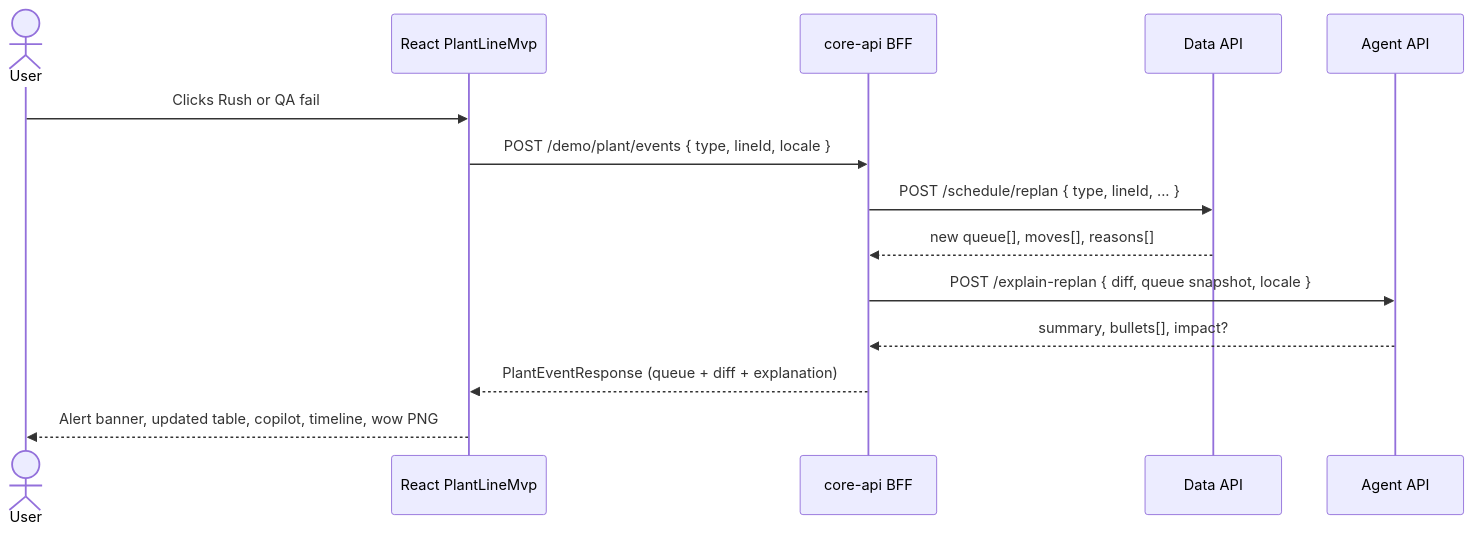
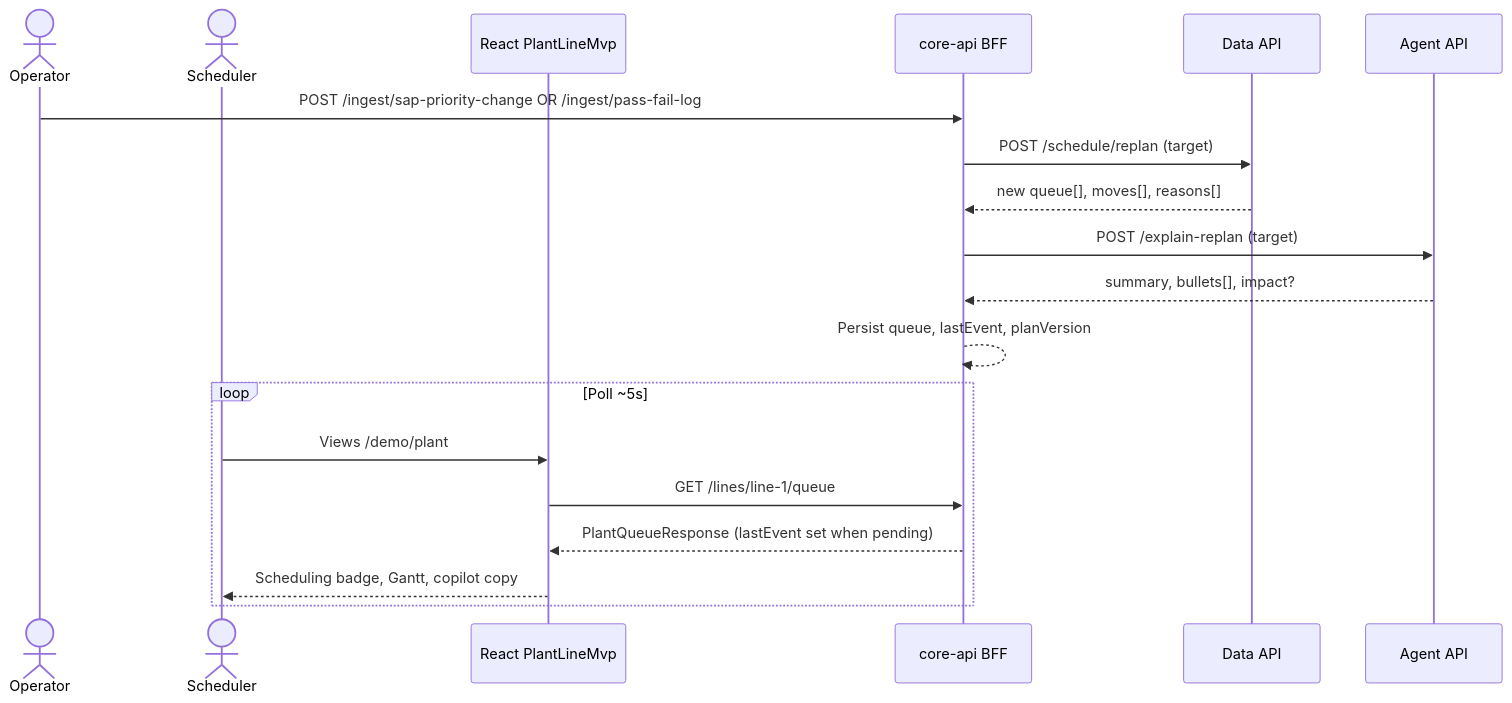
Before and after one commit to elmauro/greenbyte: the third of 5 diagrams in docs/hackathon/uc1-ui-backend-flow.md, drawn with Mermaid. The commit also changed other lines of this file and 13 other files, not shown here.

First line of the commit message:
Align UC1 docs and contracts with ingest-first demo flow.

````diff
--- a/docs/hackathon/uc1-ui-backend-flow.md
+++ b/docs/hackathon/uc1-ui-backend-flow.md
@@ -87,17 +94,23 @@
 ```mermaid
 sequenceDiagram
-  actor User
+  actor Operator
+  actor Scheduler
   participant UI as React PlantLineMvp
   participant BFF as core-api BFF
   participant Data as Data API
   participant Agent as Agent API
 
-  User->>UI: Clicks Rush or QA fail
-  UI->>BFF: POST /demo/plant/events { type, lineId, locale }
-  BFF->>Data: POST /schedule/replan { type, lineId, ... }
+  Operator->>BFF: POST /ingest/sap-priority-change OR /ingest/pass-fail-log
+  BFF->>Data: POST /schedule/replan (target)
   Data-->>BFF: new queue[], moves[], reasons[]
-  BFF->>Agent: POST /explain-replan { diff, queue snapshot, locale }
+  BFF->>Agent: POST /explain-replan (target)
   Agent-->>BFF: summary, bullets[], impact?
-  BFF-->>UI: PlantEventResponse (queue + diff + explanation)
-  UI-->>User: Alert banner, updated table, copilot, timeline, wow PNG
+  BFF-->>BFF: Persist queue, lastEvent, planVersion
+
+  loop Poll ~5s
+    Scheduler->>UI: Views /demo/plant
+    UI->>BFF: GET /lines/line-1/queue
+    BFF-->>UI: PlantQueueResponse (lastEvent set when pending)
+    UI-->>Scheduler: Scheduling badge, Gantt, copilot copy
+  end
 ```
````
